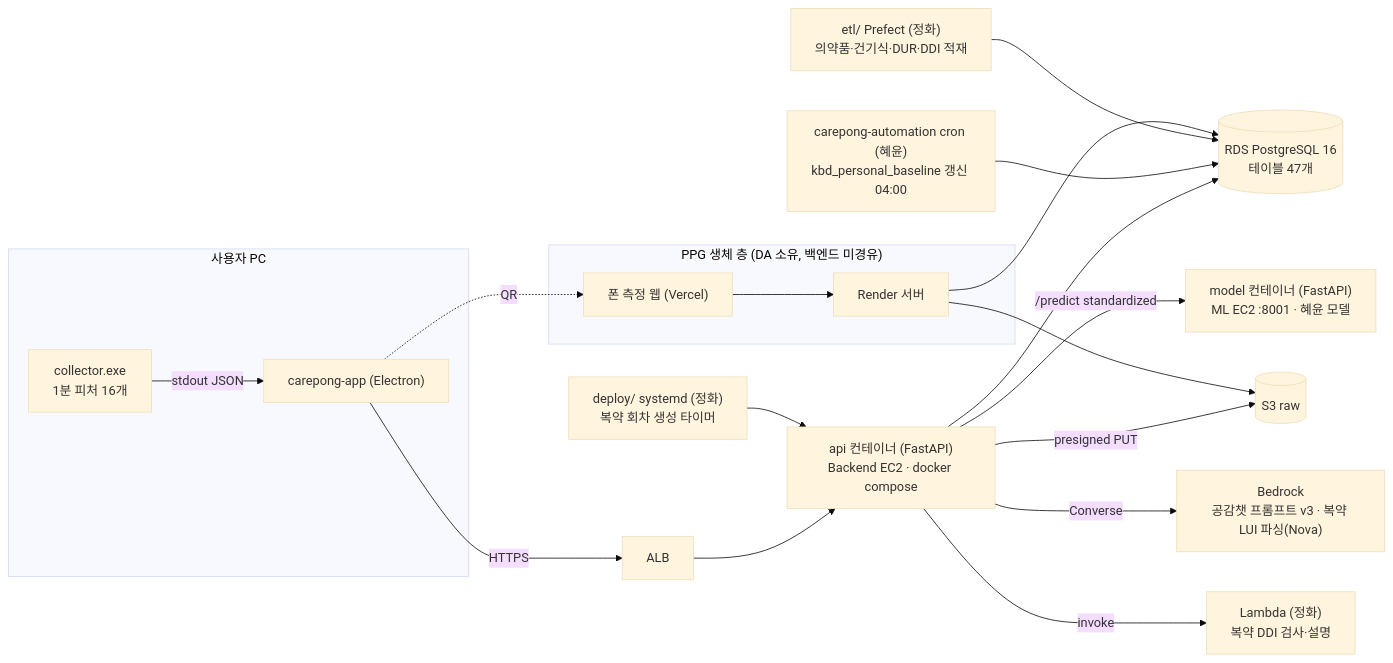
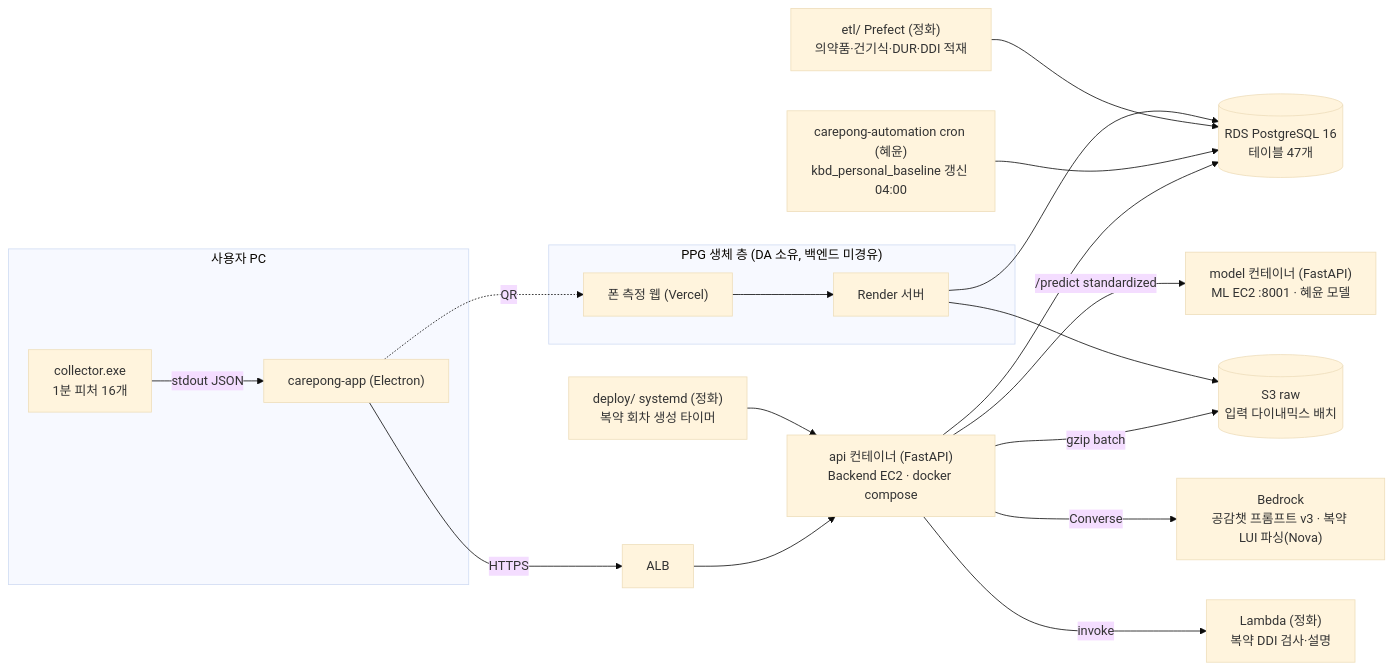
The diagram in docs/architecture.md (asiae-girls-2026/backend-service), drawn with Mermaid (base theme) before and after one commit. The commit also changed other lines of this file and 4 other files, not shown here.

Commit message:
docs: 근거 없는 문구 정정 — 팀 인원·기간 표현 완화, raw 업로드 설명(입력 다이내믹스 배치)·AWS 미설정 시 동작 정확화, 비용 메모 제거

````diff
--- a/docs/architecture.md
+++ b/docs/architecture.md
@@ -3,28 +3,28 @@
 ```mermaid
 flowchart LR
   subgraph PC["사용자 PC"]
     APP["carepong-app (Electron)"]
     COL["collector.exe<br/>1분 피처 16개"]
     COL -->|stdout JSON| APP
   end
 
   APP -->|HTTPS| ALB["ALB"]
   ALB --> API["api 컨테이너 (FastAPI)<br/>Backend EC2 · docker compose"]
 
   API -->|/predict standardized| MODEL["model 컨테이너 (FastAPI)<br/>ML EC2 :8001 · 혜윤 모델"]
   API --> RDS[("RDS PostgreSQL 16<br/>테이블 47개")]
   API -->|Converse| BR["Bedrock<br/>공감챗 프롬프트 v3 · 복약 LUI 파싱(Nova)"]
   API -->|invoke| LMB["Lambda (정화)<br/>복약 DDI 검사·설명"]
-  API -->|presigned PUT| S3[("S3 raw")]
+  API -->|gzip batch| S3[("S3 raw<br/>입력 다이내믹스 배치")]
 
   CRON["carepong-automation cron (혜윤)<br/>kbd_personal_baseline 갱신 04:00"] --> RDS
   ETL["etl/ Prefect (정화)<br/>의약품·건기식·DUR·DDI 적재"] --> RDS
   TIMER["deploy/ systemd (정화)<br/>복약 회차 생성 타이머"] --> API
 
   subgraph PPG["PPG 생체 층 (DA 소유, 백엔드 미경유)"]
     PHONE["폰 측정 웹 (Vercel)"] --> RENDER["Render 서버"]
   end
   APP -. QR .-> PHONE
   RENDER --> RDS
   RENDER --> S3
 ```
````
